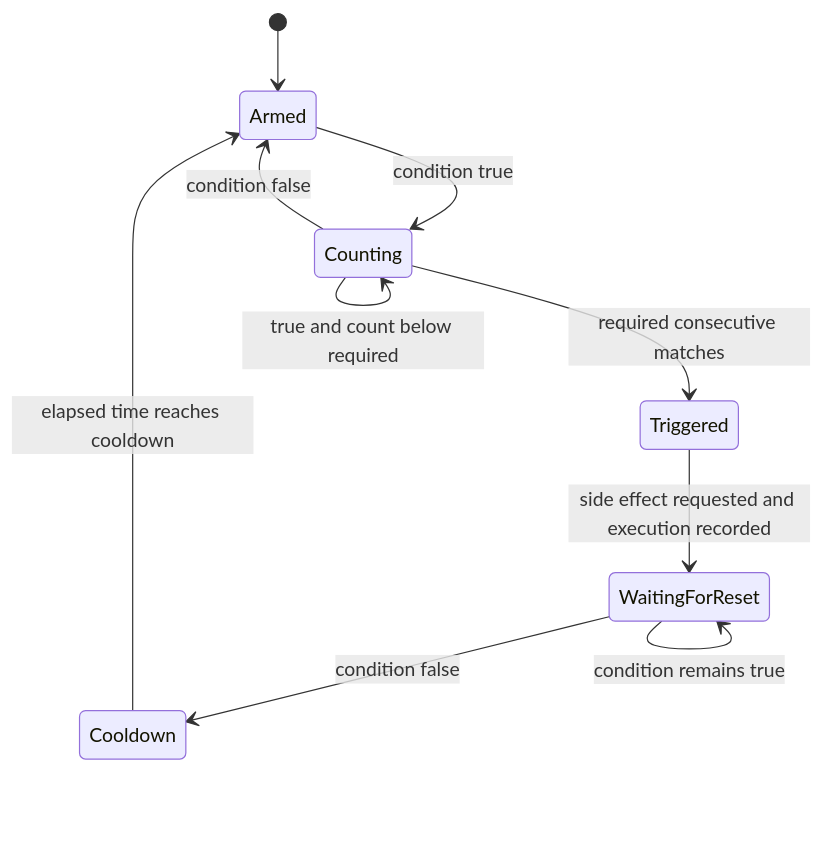
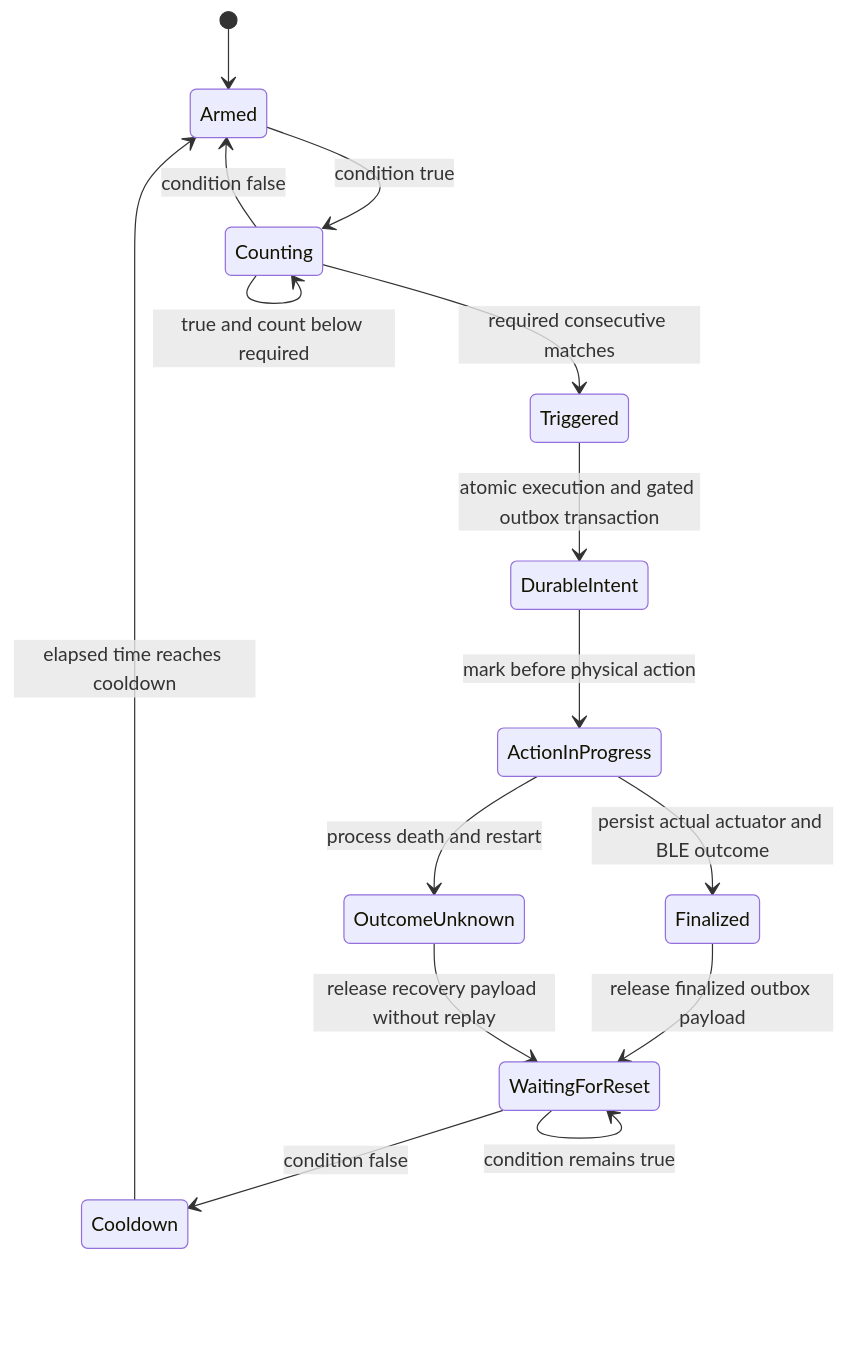
The diagram in docs/diagrams/lab7/03_smart_rule_engine.mmd (Eclipse-XS/SleepTrackerSimulator), drawn with Mermaid before and after one commit. The commit also changed 36 other files, not shown here.

```diff
--- a/docs/diagrams/lab7/03_smart_rule_engine.mmd
+++ b/docs/diagrams/lab7/03_smart_rule_engine.mmd
@@ -1,10 +1,15 @@
 stateDiagram-v2
   [*] --> Armed
   Armed --> Counting: condition true
   Counting --> Counting: true and count below required
   Counting --> Triggered: required consecutive matches
-  Triggered --> WaitingForReset: side effect requested and execution recorded
+  Triggered --> DurableIntent: atomic execution and gated outbox transaction
+  DurableIntent --> ActionInProgress: mark before physical action
+  ActionInProgress --> Finalized: persist actual actuator and BLE outcome
+  ActionInProgress --> OutcomeUnknown: process death and restart
+  Finalized --> WaitingForReset: release finalized outbox payload
+  OutcomeUnknown --> WaitingForReset: release recovery payload without replay
   WaitingForReset --> WaitingForReset: condition remains true
   WaitingForReset --> Cooldown: condition false
   Cooldown --> Armed: elapsed time reaches cooldown
   Counting --> Armed: condition false
```
